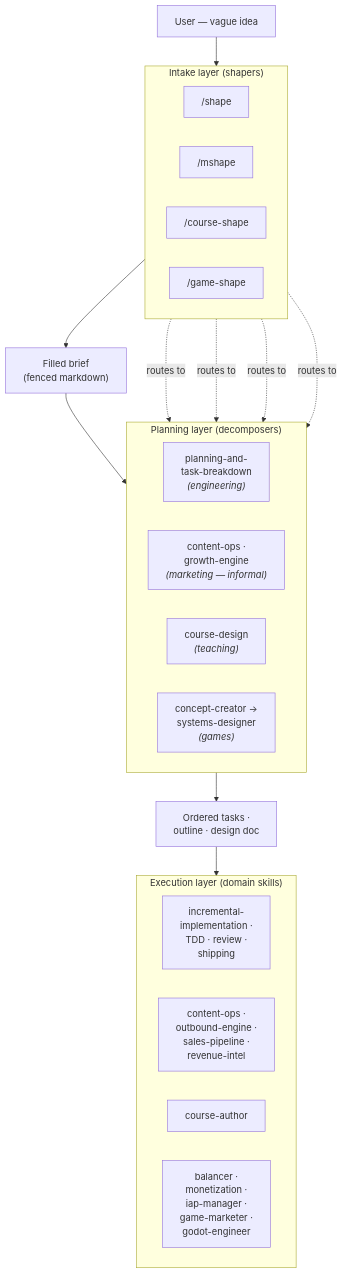
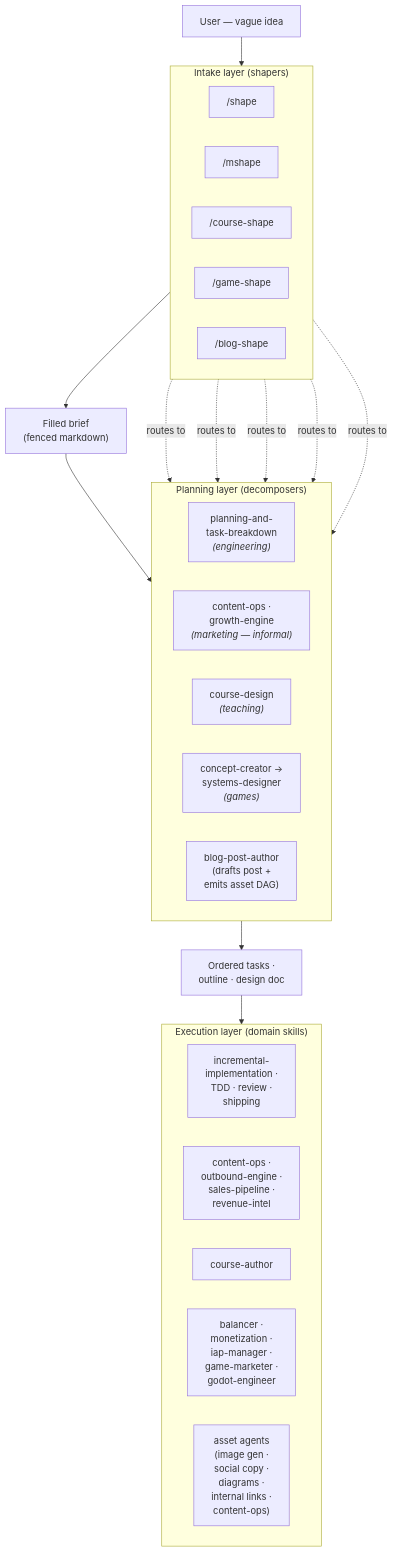
One commit to LazyIsEfficient/agentic-os changed the first of 3 diagrams in SHAPERS.md. Above: the diagram before and after it, drawn with Mermaid. The commit also changed other lines of this file and 15 other files, not shown here.

````diff
--- a/SHAPERS.md
+++ b/SHAPERS.md
@@ -24,43 +27,47 @@
 ```mermaid
 flowchart TB
     User["User — vague idea"]
 
     subgraph Intake["Intake layer (shapers)"]
         direction LR
         PS["/shape"]
         MS["/mshape"]
         CS["/course-shape"]
         GS["/game-shape"]
+        BS["/blog-shape"]
     end
 
     Brief["Filled brief<br/>(fenced markdown)"]
 
     subgraph Planning["Planning layer (decomposers)"]
         direction LR
         P1["planning-and-<br/>task-breakdown<br/><i>(engineering)</i>"]
         P2["content-ops ·<br/>growth-engine<br/><i>(marketing — informal)</i>"]
         P3["course-design<br/><i>(teaching)</i>"]
         P4["concept-creator →<br/>systems-designer<br/><i>(games)</i>"]
+        P5["blog-post-author<br/>(drafts post +<br/>emits asset DAG)"]
     end
 
     Plan["Ordered tasks ·<br/>outline · design doc"]
 
     subgraph Execution["Execution layer (domain skills)"]
         direction LR
         E1["incremental-<br/>implementation ·<br/>TDD · review ·<br/>shipping"]
         E2["content-ops ·<br/>outbound-engine ·<br/>sales-pipeline ·<br/>revenue-intel"]
         E3["course-author"]
         E4["balancer ·<br/>monetization ·<br/>iap-manager ·<br/>game-marketer ·<br/>godot-engineer"]
+        E5["asset agents<br/>(image gen ·<br/>social copy ·<br/>diagrams ·<br/>internal links ·<br/>content-ops)"]
     end
 
     User --> Intake
     Intake --> Brief
     Brief --> Planning
     Planning --> Plan
     Plan --> Execution
 
     PS -. routes to .-> P1
     MS -. routes to .-> P2
     CS -. routes to .-> P3
     GS -. routes to .-> P4
+    BS -. routes to .-> P5
 ```
````
